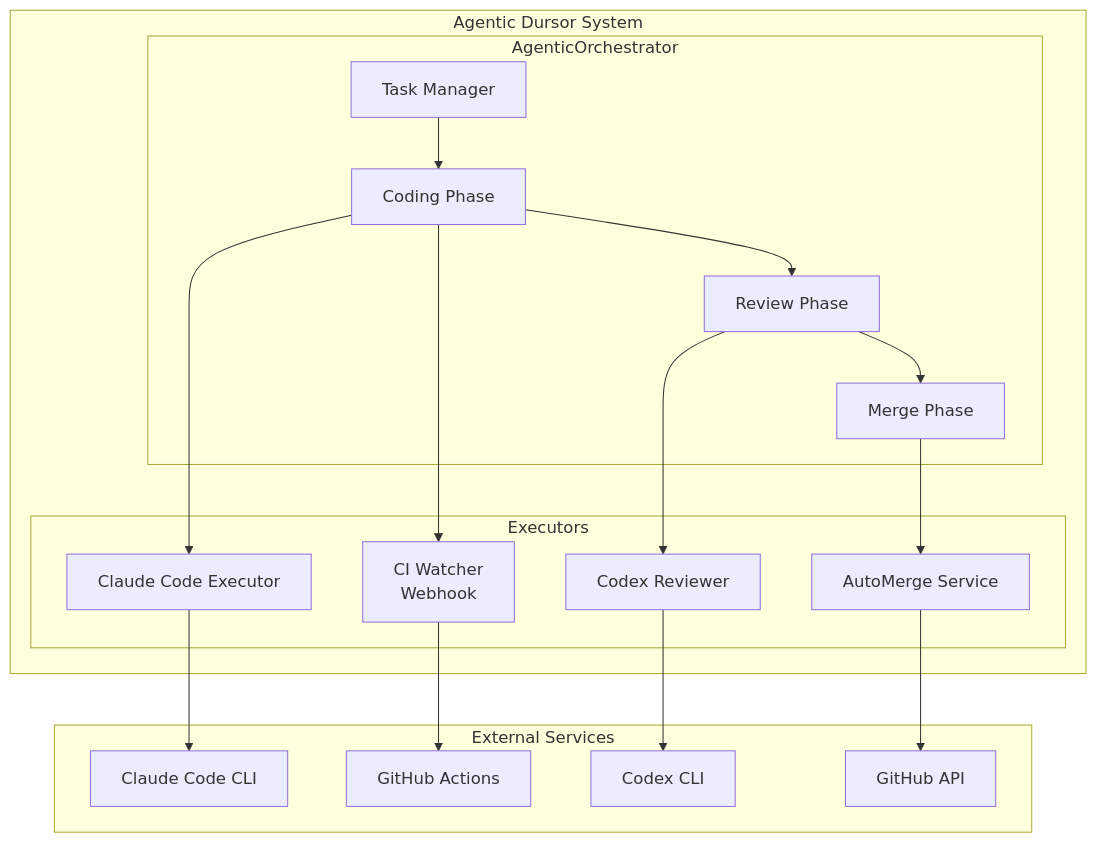
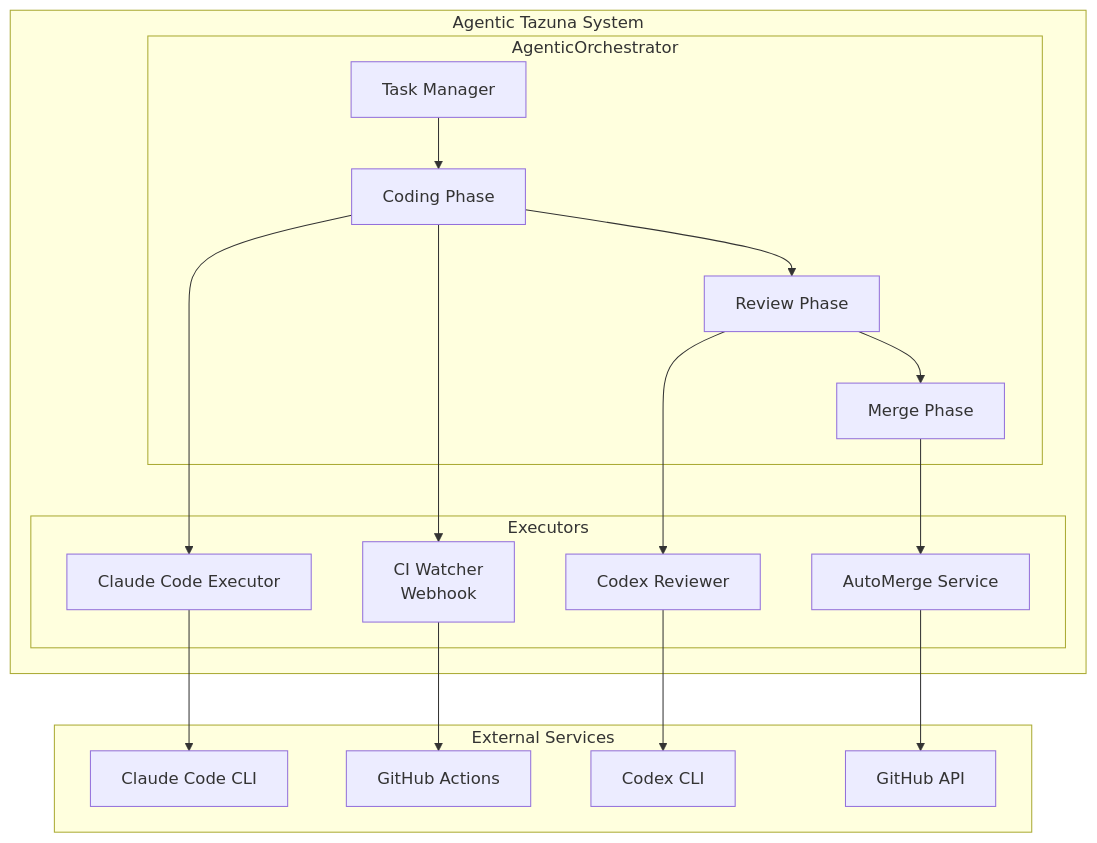
One commit to hampen2929/zloth changed the third of 7 diagrams in docs/agentic-dursor.md. Above: the diagram before and after it, drawn with Mermaid. The commit also changed other lines of this file and 103 other files, not shown here.

Commit message:
Rename from dursor to tazuna

````diff
--- a/docs/agentic-dursor.md
+++ b/docs/agentic-dursor.md
@@ -104,34 +104,34 @@
 ```mermaid
 flowchart TB
-    subgraph System["Agentic Dursor System"]
+    subgraph System["Agentic Tazuna System"]
         subgraph Orchestrator["AgenticOrchestrator"]
             TM[Task Manager] --> CP[Coding Phase]
             CP --> RP[Review Phase]
             RP --> MP[Merge Phase]
         end
 
         subgraph Executors["Executors"]
             CCE[Claude Code Executor]
             CIW[CI Watcher<br/>Webhook]
             CR[Codex Reviewer]
             AMS[AutoMerge Service]
         end
 
         CP --> CCE
         CP --> CIW
         RP --> CR
         MP --> AMS
     end
 
     subgraph External["External Services"]
         CLI1[Claude Code CLI]
         GHA[GitHub Actions]
         CLI2[Codex CLI]
         GHAPI[GitHub API]
     end
 
     CCE --> CLI1
     CIW --> GHA
     CR --> CLI2
     AMS --> GHAPI
 ```
````
